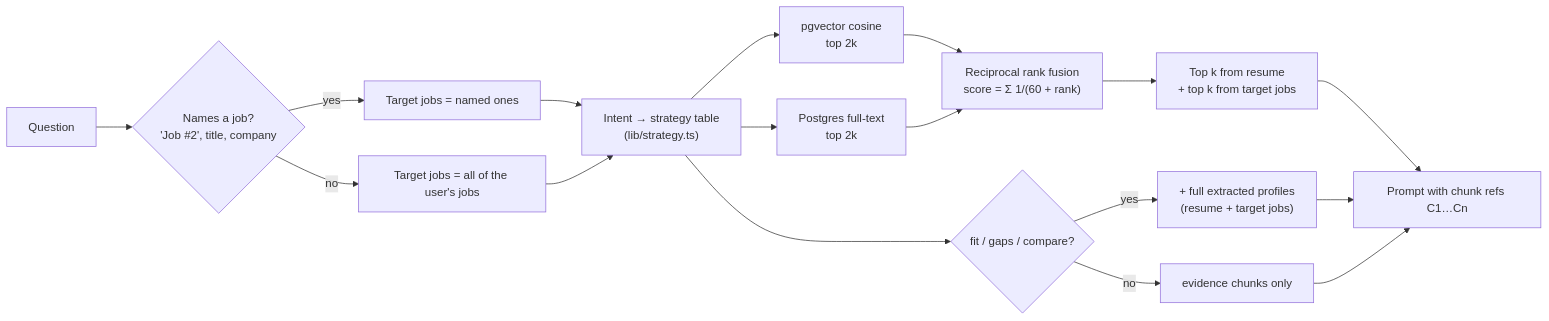
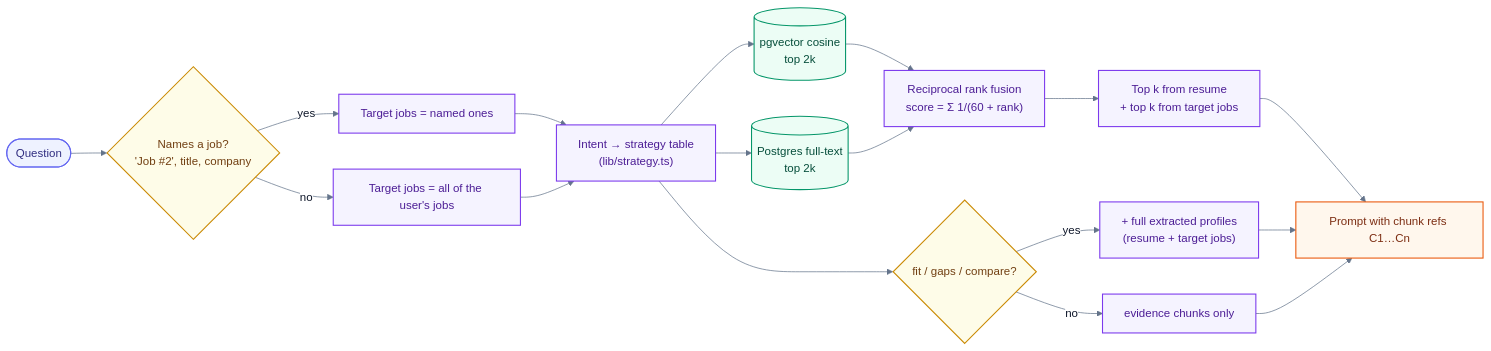
Before and after one commit to mrussum/practice-intel: the fifth of 9 diagrams in docs/architecture.md, drawn with Mermaid. The commit also changed other lines of this file, not shown here.

First line of the commit message:
docs: colour-code the architecture diagrams

````diff
--- a/docs/architecture.md
+++ b/docs/architecture.md
@@ -165,18 +225,28 @@
 ```mermaid
+%%{init: {"theme":"base","themeVariables":{"primaryColor":"#E0F2FE","primaryBorderColor":"#0284C7","primaryTextColor":"#0F172A","lineColor":"#64748B","clusterBkg":"#F8FAFC","clusterBorder":"#CBD5E1","edgeLabelBackground":"#FFFFFF","titleColor":"#334155"}}}%%
 flowchart LR
-  q["Question"] --> mentions{"Names a job?<br/>'Job #2', title, company"}
-  mentions -- yes --> targets["Target jobs = named ones"]
-  mentions -- no --> all["Target jobs = all of the user's jobs"]
-  targets & all --> intent["Intent → strategy table<br/>(lib/strategy.ts)"]
+  q(["Question"]):::client --> mentions{"Names a job?<br/>'Job #2', title, company"}:::decision
+  mentions -- yes --> targets["Target jobs = named ones"]:::logic
+  mentions -- no --> all["Target jobs = all of the user's jobs"]:::logic
+  targets & all --> intent["Intent → strategy table<br/>(lib/strategy.ts)"]:::logic
 
-  intent --> vec["pgvector cosine<br/>top 2k"]
-  intent --> fts["Postgres full-text<br/>top 2k"]
-  vec & fts --> rrf["Reciprocal rank fusion<br/>score = Σ 1/(60 + rank)"]
-  rrf --> topk["Top k from resume<br/>+ top k from target jobs"]
+  intent --> vec[("pgvector cosine<br/>top 2k")]:::data
+  intent --> fts[("Postgres full-text<br/>top 2k")]:::data
+  vec & fts --> rrf["Reciprocal rank fusion<br/>score = Σ 1/(60 + rank)"]:::logic
+  rrf --> topk["Top k from resume<br/>+ top k from target jobs"]:::logic
 
-  intent --> prof{"fit / gaps / compare?"}
-  prof -- yes --> profiles["+ full extracted profiles<br/>(resume + target jobs)"]
-  prof -- no --> none["evidence chunks only"]
+  intent --> prof{"fit / gaps / compare?"}:::decision
+  prof -- yes --> profiles["+ full extracted profiles<br/>(resume + target jobs)"]:::logic
+  prof -- no --> none["evidence chunks only"]:::logic
 
-  topk & profiles & none --> prompt["Prompt with chunk refs C1…Cn"]
+  topk & profiles & none --> prompt["Prompt with chunk refs C1…Cn"]:::ai
+
+  classDef client fill:#EEF2FF,stroke:#6366F1,color:#312E81,stroke-width:1.5px
+  classDef app fill:#E0F2FE,stroke:#0284C7,color:#0C4A6E,stroke-width:1.5px
+  classDef logic fill:#F5F3FF,stroke:#7C3AED,color:#4C1D95,stroke-width:1.5px
+  classDef data fill:#ECFDF5,stroke:#059669,color:#064E3B,stroke-width:1.5px
+  classDef ai fill:#FFF7ED,stroke:#EA580C,color:#7C2D12,stroke-width:1.5px
+  classDef sec fill:#FDF2F8,stroke:#DB2777,color:#831843,stroke-width:1.5px
+  classDef decision fill:#FEFCE8,stroke:#CA8A04,color:#713F12,stroke-width:1.5px
+  classDef ops fill:#F8FAFC,stroke:#94A3B8,color:#334155,stroke-width:1.5px,stroke-dasharray:5 3
 ```
````
